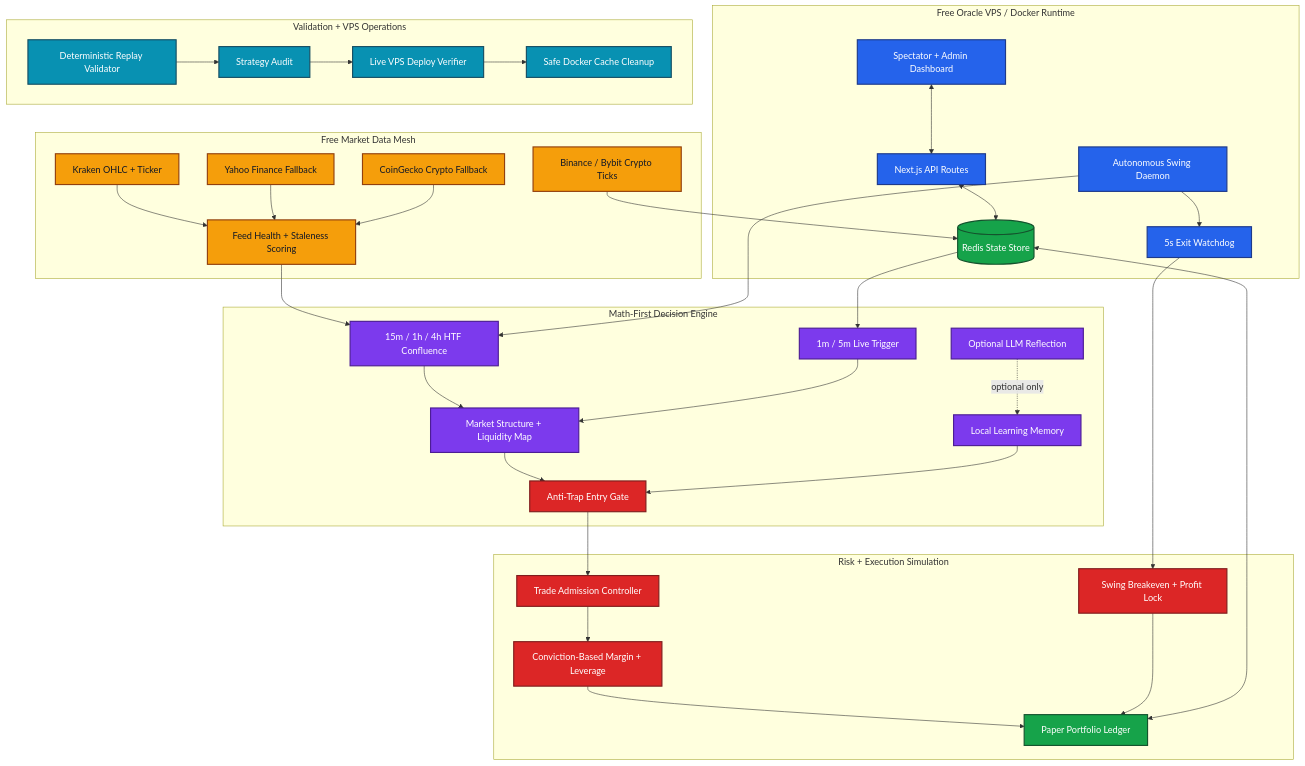
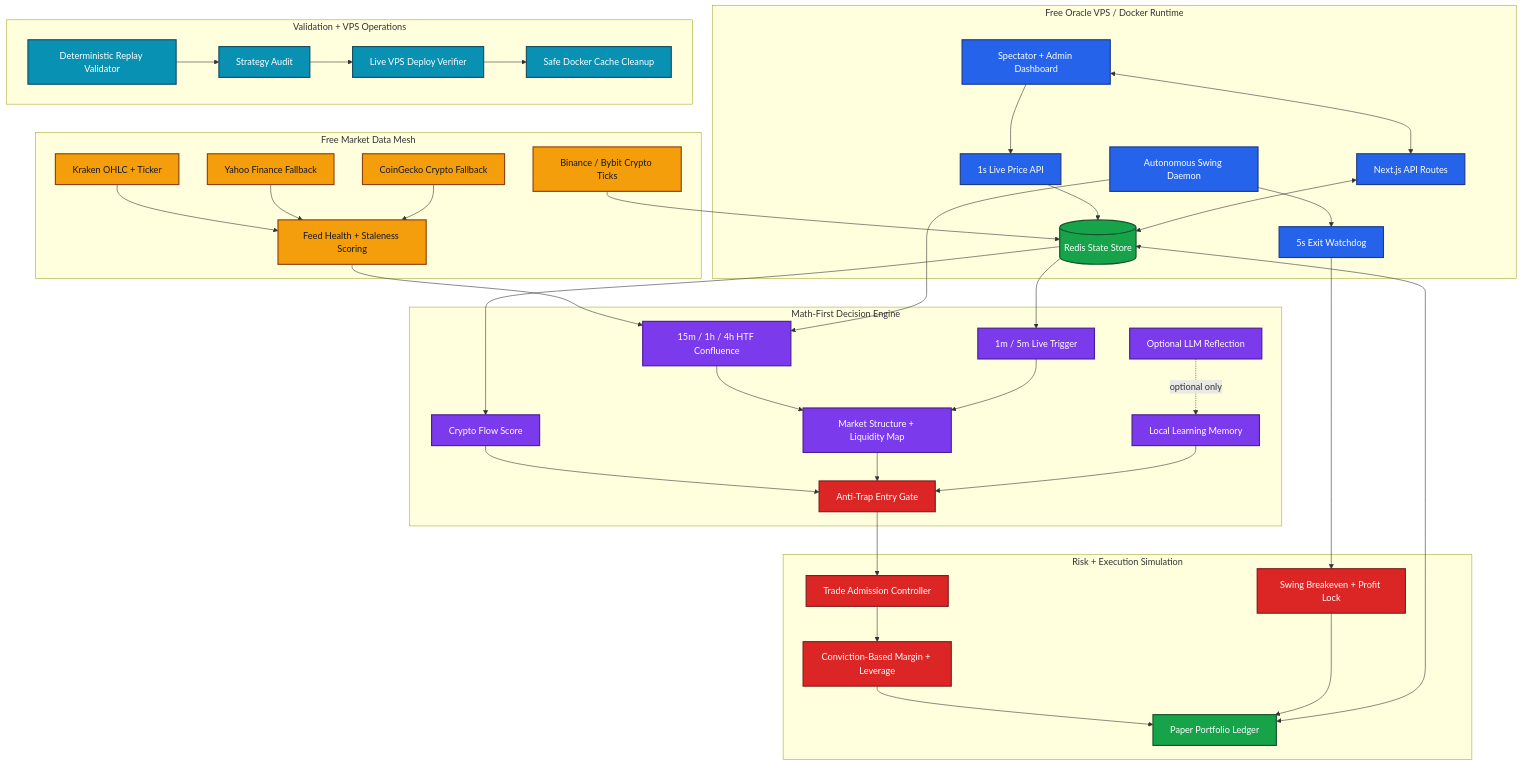
One commit to tejashendre/AI-paper-trading-agent changed the diagram in README.md. Above: the diagram before and after it, drawn with Mermaid. The commit also changed other lines of this file and 10 other files, not shown here.

Commit message:
feat: add live heartbeat and crypto flow scoring

```diff
--- a/README.md
+++ b/README.md
@@ -33,6 +34,7 @@
     subgraph Runtime["Free Oracle VPS / Docker Runtime"]
         Dashboard["Spectator + Admin Dashboard"]
         Api["Next.js API Routes"]
+        LiveApi["1s Live Price API"]
         Redis[("Redis State Store")]
         Daemon["Autonomous Swing Daemon"]
         Watchdog["5s Exit Watchdog"]
@@ -49,6 +51,7 @@
     subgraph Intelligence["Math-First Decision Engine"]
         HTF["15m / 1h / 4h HTF Confluence"]
         Trigger["1m / 5m Live Trigger"]
+        Flow["Crypto Flow Score"]
         Liquidity["Market Structure + Liquidity Map"]
         TrapGate["Anti-Trap Entry Gate"]
         Learning["Local Learning Memory"]
@@ -76,11 +79,15 @@
     FeedHealth --> HTF
     Redis --> Trigger
     Dashboard <--> Api
+    Dashboard --> LiveApi
+    LiveApi --> Redis
     Api <--> Redis
     Daemon --> HTF
     Daemon --> Watchdog
     HTF --> Liquidity
     Trigger --> Liquidity
+    Redis --> Flow
+    Flow --> TrapGate
     Liquidity --> TrapGate
     Learning --> TrapGate
     LLM -. optional only .-> Learning
@@ -101,9 +108,9 @@
     classDef state fill:#16a34a,stroke:#14532d,color:#fff,stroke-width:2px;
     classDef ops fill:#0891b2,stroke:#164e63,color:#fff,stroke-width:2px;
 
-    class Dashboard,Api,Daemon,Watchdog runtime;
+    class Dashboard,Api,LiveApi,Daemon,Watchdog runtime;
     class CryptoWS,Kraken,Yahoo,CoinGecko,FeedHealth data;
-    class HTF,Trigger,Liquidity,Learning,LLM brain;
+    class HTF,Trigger,Flow,Liquidity,Learning,LLM brain;
     class TrapGate,Admission,Sizing,ProfitLock guard;
     class Redis,Ledger state;
     class Replay,Audit,DeployCheck,Maintenance ops;
```
